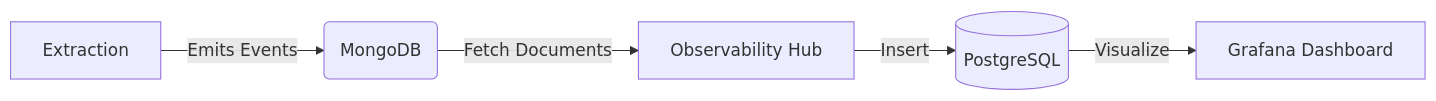
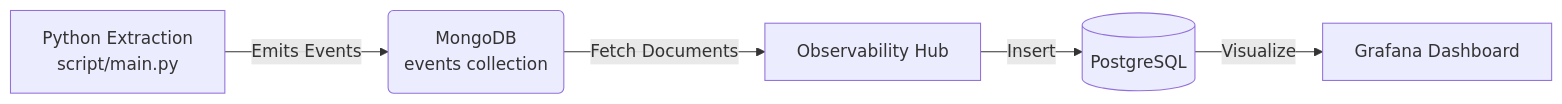
The diagram in docs/architecture/event_logging.md (victoriacheng15/personal-reading-analytics-dashboard), drawn with Mermaid before and after one commit. The commit also changed 6 other files, not shown here.

Commit message:
docs: Synchronize documentation with project architecture and features

````diff
--- a/docs/architecture/event_logging.md
+++ b/docs/architecture/event_logging.md
@@ -9,7 +9,7 @@
 ```mermaid
 graph LR
-    A[Extraction] -->|Emits Events| B(MongoDB)
+    A[Python Extraction <br/> script/main.py] -->|Emits Events| B(MongoDB <br/> events collection)
     B -->|Fetch Documents| C[Observability Hub]
     C -->|Insert| D[(PostgreSQL)]
     D -->|Visualize| E[Grafana Dashboard]
 ```
````
